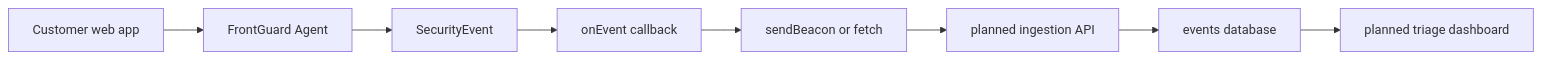
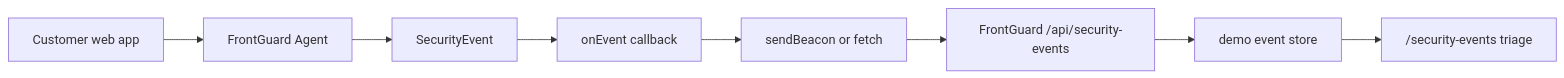
One commit to codejupiter/frontguard-agent changed the diagram in docs/FRONTGUARD_SUITE.md. Above: the diagram before and after it, drawn with Mermaid. The commit also changed other lines of this file and 3 other files, not shown here.

````diff
--- a/docs/FRONTGUARD_SUITE.md
+++ b/docs/FRONTGUARD_SUITE.md
@@ -27,10 +27,10 @@
 ```mermaid
 flowchart LR
   App["Customer web app"] --> Agent["FrontGuard Agent"]
   Agent --> Event["SecurityEvent"]
   Event --> Callback["onEvent callback"]
   Callback --> Transport["sendBeacon or fetch"]
-  Transport --> API["planned ingestion API"]
-  API --> Store["events database"]
-  Store --> Dashboard["planned triage dashboard"]
+  Transport --> API["FrontGuard /api/security-events"]
+  API --> Store["demo event store"]
+  Store --> Dashboard["/security-events triage"]
 ```
````
